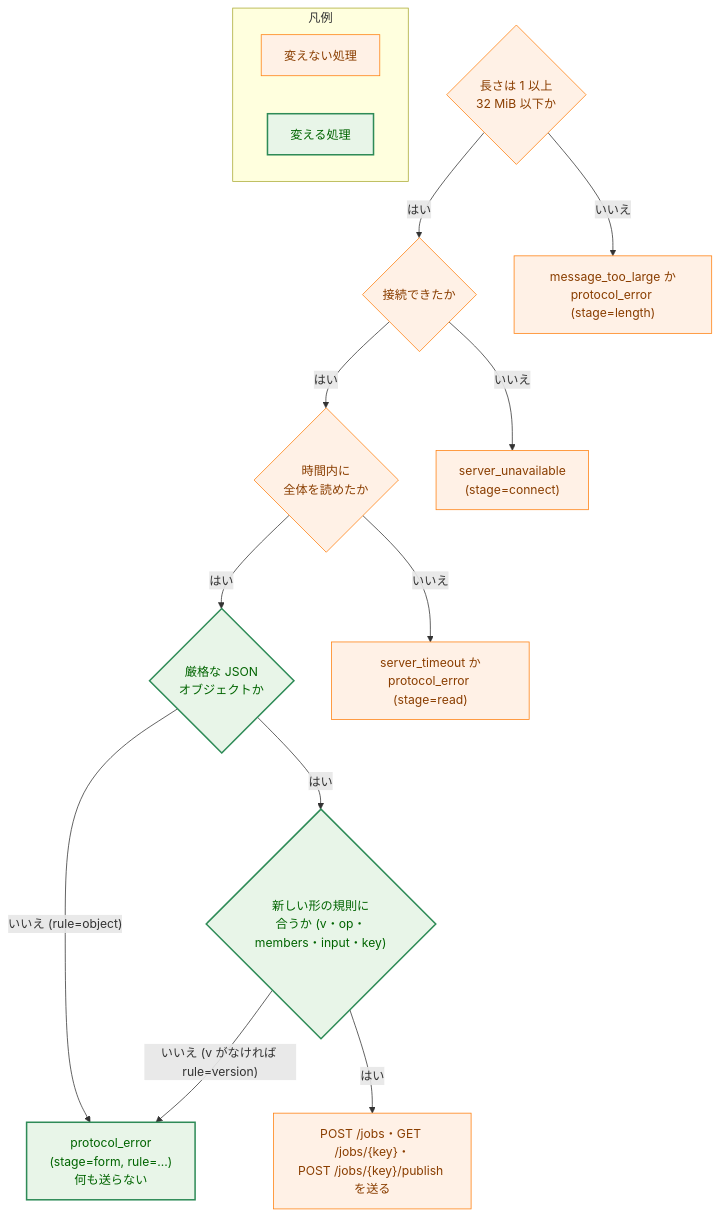
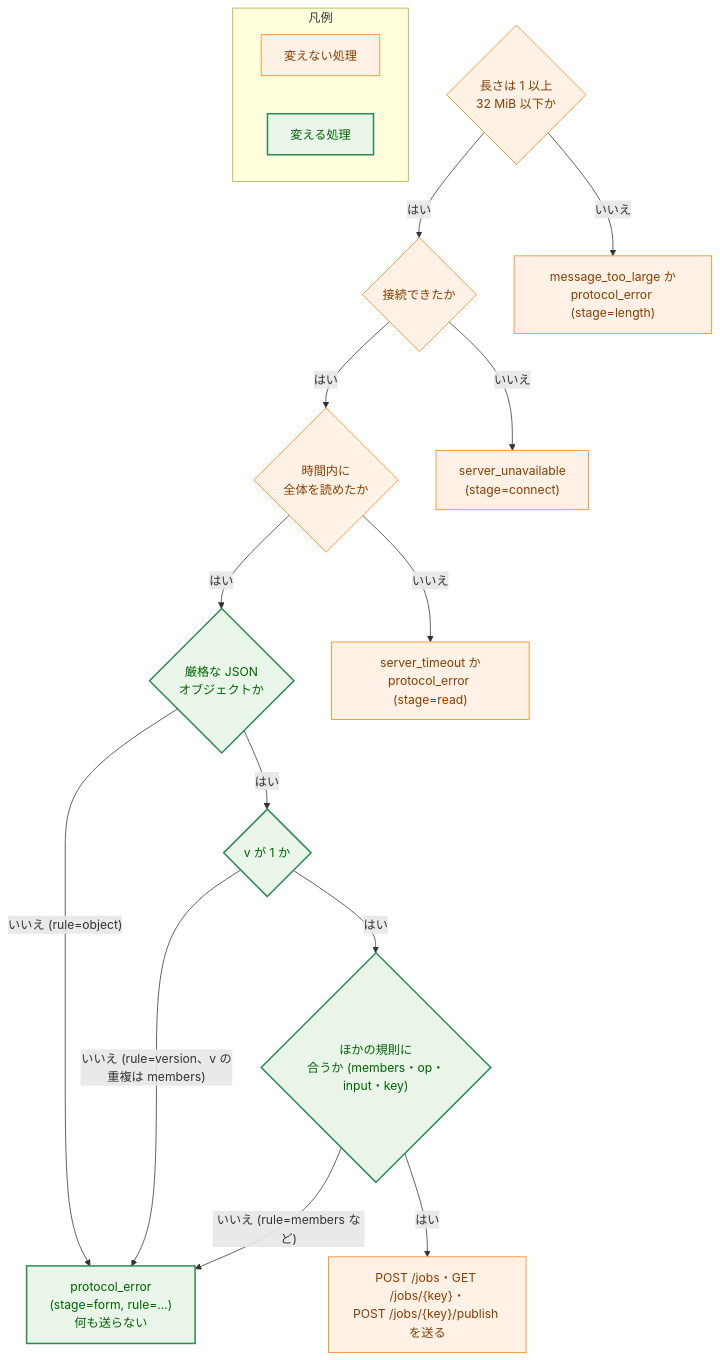
Before and after one commit to isseis/yt2column: the fifth of 6 diagrams in docs/tasks/0059_remove_legacy_articles_api/02_architecture.md, drawn with Mermaid. The commit also changed other lines of this file, not shown here.

First line of the commit message:
docs(0059): address the architecture review findings

````diff
--- a/docs/tasks/0059_remove_legacy_articles_api/02_architecture.md
+++ b/docs/tasks/0059_remove_legacy_articles_api/02_architecture.md
@@ -401,37 +419,40 @@
 ```mermaid
 flowchart TD
     classDef process fill:#fff1e6,stroke:#ff7f0e,stroke-width:1px,color:#8a3e00;
     classDef enhanced fill:#e8f5e8,stroke:#2e8b57,stroke-width:2px,color:#006400;
 
     LEN{"長さは 1 以上<br>32 MiB 以下か"}
     DIAL{"接続できたか"}
     READ{"時間内に<br>全体を読めたか"}
     OBJ{"厳格な JSON<br>オブジェクトか"}
-    RULES{"新しい形の規則に<br>合うか (v・op・members・input・key)"}
+    VER{"v が 1 か"}
+    RULES{"ほかの規則に<br>合うか (members・op・input・key)"}
     SEND["POST /jobs・GET /jobs/{key}・<br>POST /jobs/{key}/publish を送る"]
     ERR_LEN["message_too_large か<br>protocol_error (stage=length)"]
     ERR_DIAL["server_unavailable<br>(stage=connect)"]
     ERR_READ["server_timeout か<br>protocol_error (stage=read)"]
     ERR_FORM["protocol_error<br>(stage=form, rule=…)<br>何も送らない"]
 
     LEN -->|"いいえ"| ERR_LEN
     LEN -->|"はい"| DIAL
     DIAL -->|"いいえ"| ERR_DIAL
     DIAL -->|"はい"| READ
     READ -->|"いいえ"| ERR_READ
     READ -->|"はい"| OBJ
     OBJ -->|"いいえ (rule=object)"| ERR_FORM
-    OBJ -->|"はい"| RULES
-    RULES -->|"いいえ (v がなければ rule=version)"| ERR_FORM
+    OBJ -->|"はい"| VER
+    VER -->|"いいえ (rule=version、v の重複は members)"| ERR_FORM
+    VER -->|"はい"| RULES
+    RULES -->|"いいえ (rule=members など)"| ERR_FORM
     RULES -->|"はい"| SEND
 
     class LEN,DIAL,READ,SEND,ERR_LEN,ERR_DIAL,ERR_READ process
-    class OBJ,RULES,ERR_FORM enhanced
+    class OBJ,VER,RULES,ERR_FORM enhanced
 
     subgraph Legend["凡例"]
         L1["変えない処理"]
         L2["変える処理"]
     end
     class L1 process
     class L2 enhanced
 ```
````
